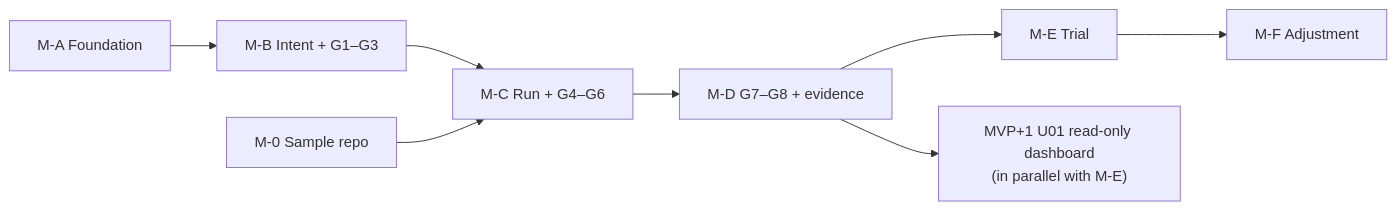
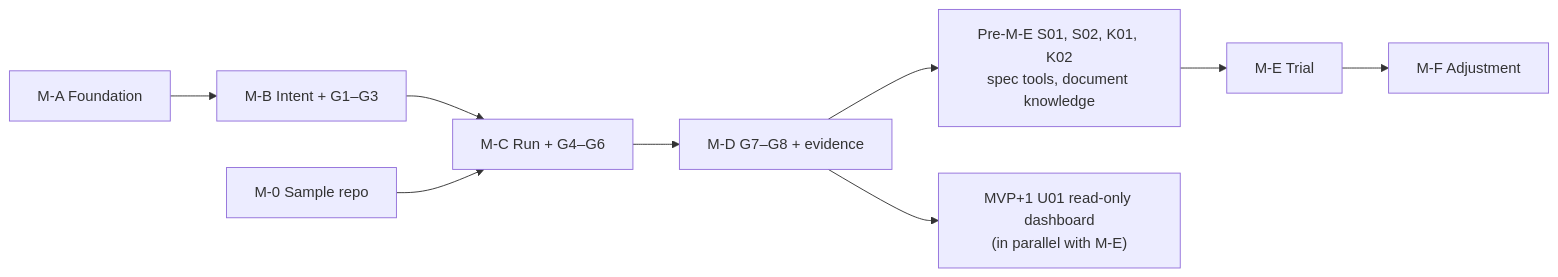
The diagram in design/D-08-mvp-backlog.md (hoanghainh1188/agentic-sdlc-framework), drawn with Mermaid before and after one commit. The commit also changed other lines of this file and 8 other files, not shown here.

First line of the commit message:
docs: BMAD / Spec Kit and WeKnora before the trial M-E (QUESTIONS #285) (#203)

````diff
--- a/design/D-08-mvp-backlog.md
+++ b/design/D-08-mvp-backlog.md
@@ -50,10 +51,11 @@
 ```mermaid
 flowchart LR
     MA["M-A Foundation"] --> MB["M-B Intent + G1–G3"]
     MB --> MC["M-C Run + G4–G6"]
     M0["M-0 Sample repo"] --> MC
     MC --> MD["M-D G7–G8 + evidence"]
-    MD --> ME["M-E Trial"]
+    MD --> MP["Pre-M-E S01, S02, K01, K02<br/>spec tools, document knowledge"]
+    MP --> ME["M-E Trial"]
     ME --> MF["M-F Adjustment"]
     MD --> MU["MVP+1 U01 read-only dashboard<br/>(in parallel with M-E)"]
 ```
````
